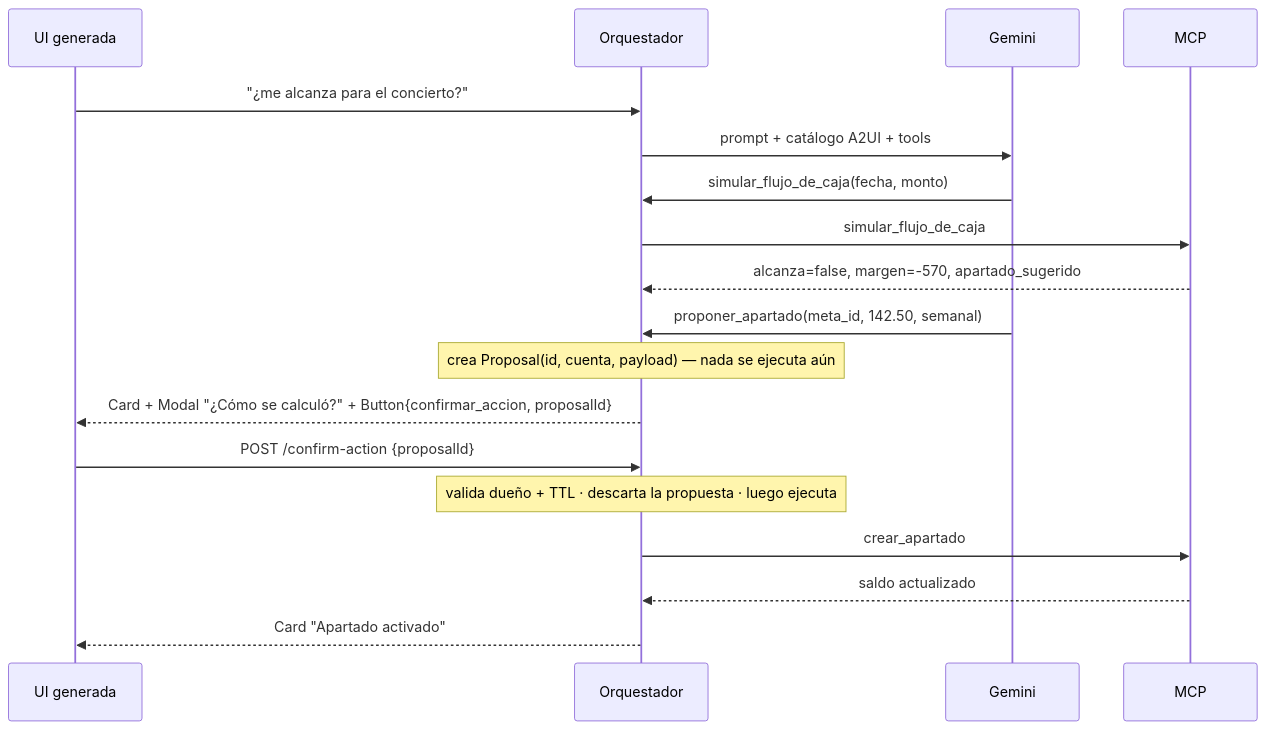
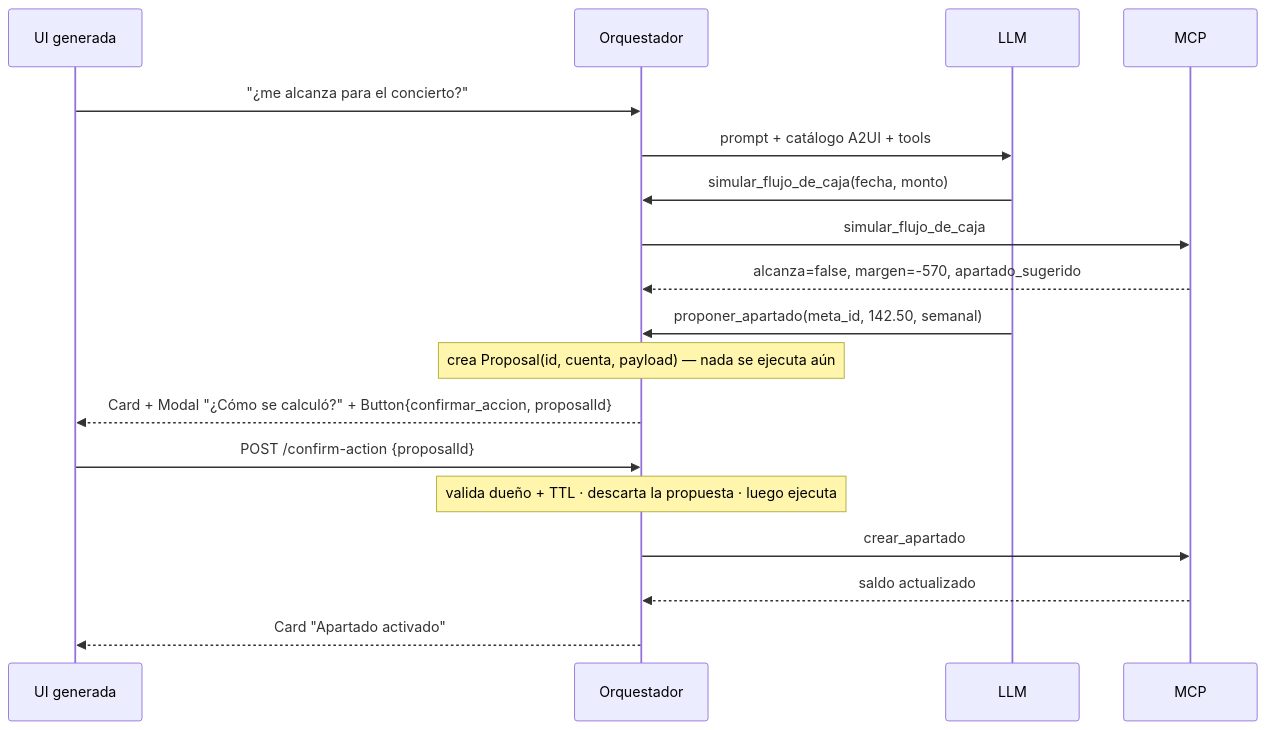
Before and after one commit to AdvantageLucky/Banorte-Me-Alcanza: the second of 2 diagrams in README.md, drawn with Mermaid. The commit also changed other lines of this file and 2 other files, not shown here.

````diff
--- a/README.md
+++ b/README.md
@@ -75,21 +77,21 @@
 ```mermaid
 sequenceDiagram
     participant UI as UI generada
     participant O as Orquestador
-    participant L as Gemini
+    participant L as LLM
     participant M as MCP
 
     UI->>O: "¿me alcanza para el concierto?"
     O->>L: prompt + catálogo A2UI + tools
     L->>O: simular_flujo_de_caja(fecha, monto)
     O->>M: simular_flujo_de_caja
     M-->>O: alcanza=false, margen=-570, apartado_sugerido
     L->>O: proponer_apartado(meta_id, 142.50, semanal)
     Note over O: crea Proposal(id, cuenta, payload) — nada se ejecuta aún
     O-->>UI: Card + Modal "¿Cómo se calculó?" + Button{confirmar_accion, proposalId}
     UI->>O: POST /confirm-action {proposalId}
     Note over O: valida dueño + TTL · descarta la propuesta · luego ejecuta
     O->>M: crear_apartado
     M-->>O: saldo actualizado
     O-->>UI: Card "Apartado activado"
 ```
````
